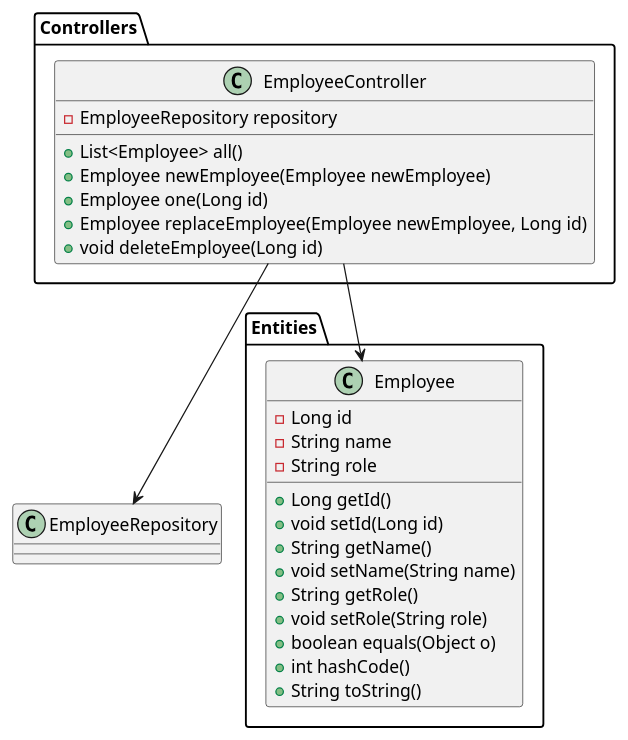
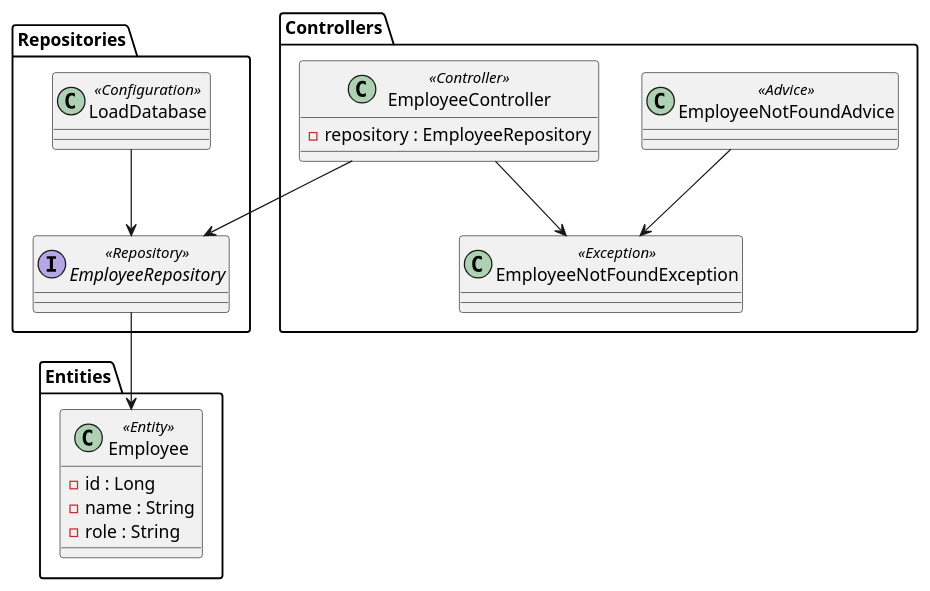
The diagram in src/main/java/ch/etmles/payroll/Diagramme.puml (Smartezz/spring-warm-up), drawn with PlantUML before and after one commit. The commit also changed 2 other files, not shown here.

Commit message:
deleteMapping update

```diff
--- a/src/main/java/ch/etmles/payroll/Diagramme.puml
+++ b/src/main/java/ch/etmles/payroll/Diagramme.puml
@@ -1,34 +1,39 @@
 @startuml
 
-package Entities {
-    class Employee {
-        - Long id
-        - String name
-        - String role
-        + Long getId()
-        + void setId(Long id)
-        + String getName()
-        + void setName(String name)
-        + String getRole()
-        + void setRole(String role)
-        + boolean equals(Object o)
-        + int hashCode()
-        + String toString()
+package "Entities" {
+    class Employee <<Entity>> {
+        - id : Long
+        - name : String
+        - role : String
     }
 }
 
-package Controllers {
-    class EmployeeController {
-        - EmployeeRepository repository
-        + List<Employee> all()
-        + Employee newEmployee(Employee newEmployee)
-        + Employee one(Long id)
-        + Employee replaceEmployee(Employee newEmployee, Long id)
-        + void deleteEmployee(Long id)
+package "Repositories" {
+    interface EmployeeRepository <<Repository>> {
     }
 }
 
+package "Controllers" {
+    class EmployeeController <<Controller>> {
+        - repository : EmployeeRepository
+    }
+
+    class EmployeeNotFoundException <<Exception>> {
+    }
+
+    class EmployeeNotFoundAdvice <<Advice>> {
+    }
+}
+
+package "Repositories" {
+    class LoadDatabase <<Configuration>> {
+    }
+}
 
 EmployeeController --> EmployeeRepository
-EmployeeController --> Employee
+EmployeeController --> EmployeeNotFoundException
+EmployeeNotFoundAdvice --> EmployeeNotFoundException
+LoadDatabase --> EmployeeRepository
+EmployeeRepository --> Employee
+
 @enduml
```
